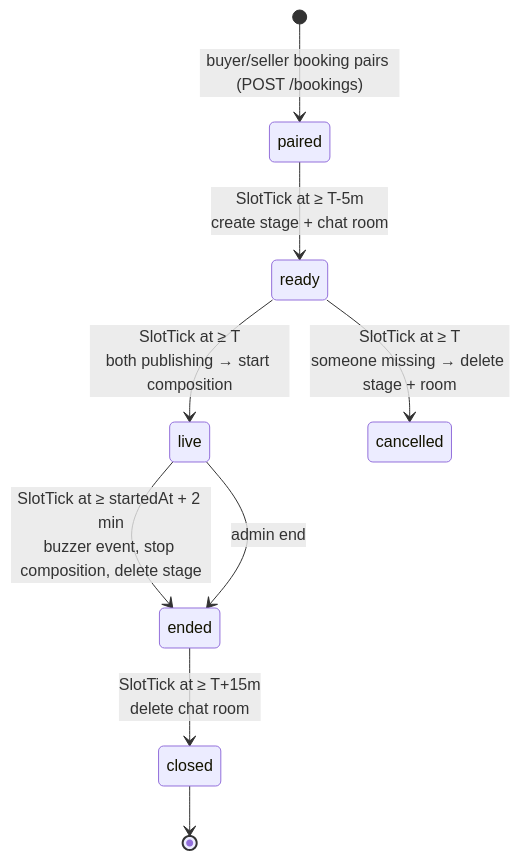
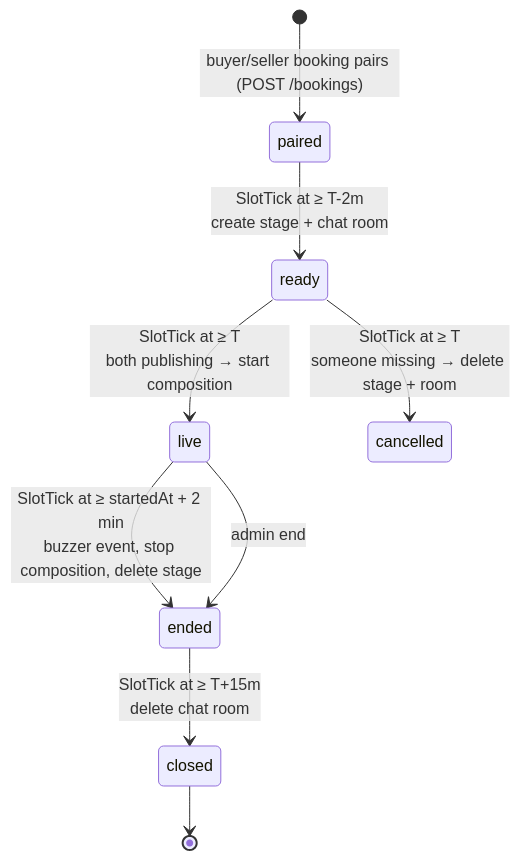
The third of 5 diagrams in docs/system_specs/architecture.md (AmitKulkarni23/pitchdrill), drawn with Mermaid before and after one commit. The commit also changed other lines of this file and 12 other files, not shown here.

````diff
--- a/docs/system_specs/architecture.md
+++ b/docs/system_specs/architecture.md
@@ -98,11 +98,11 @@
 ```mermaid
 stateDiagram-v2
   [*] --> paired: buyer/seller booking pairs (POST /bookings)
-  paired --> ready: SlotTick at ≥ T-5m<br/>create stage + chat room
+  paired --> ready: SlotTick at ≥ T-2m<br/>create stage + chat room
   ready --> live: SlotTick at ≥ T<br/>both publishing → start composition
   ready --> cancelled: SlotTick at ≥ T<br/>someone missing → delete stage + room
   live --> ended: SlotTick at ≥ startedAt + 2 min<br/>buzzer event, stop composition, delete stage
   live --> ended: admin end
   ended --> closed: SlotTick at ≥ T+15m<br/>delete chat room
   closed --> [*]
 ```
````
